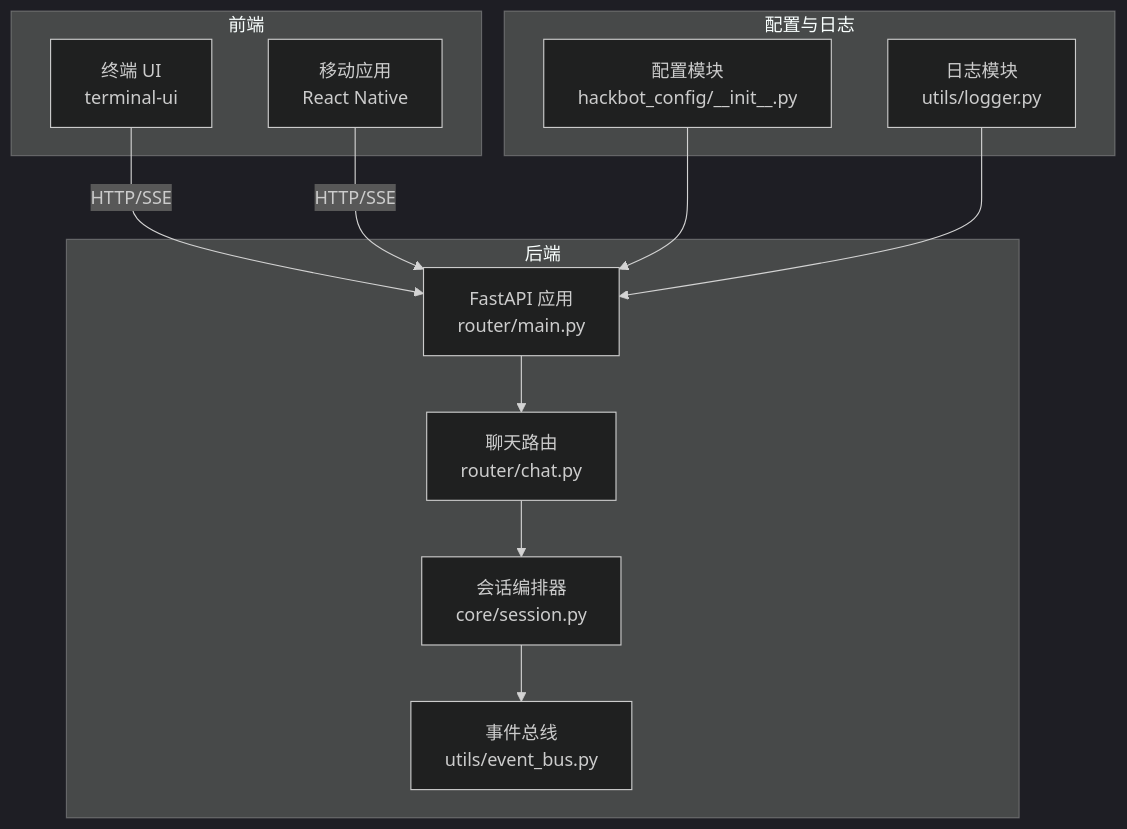
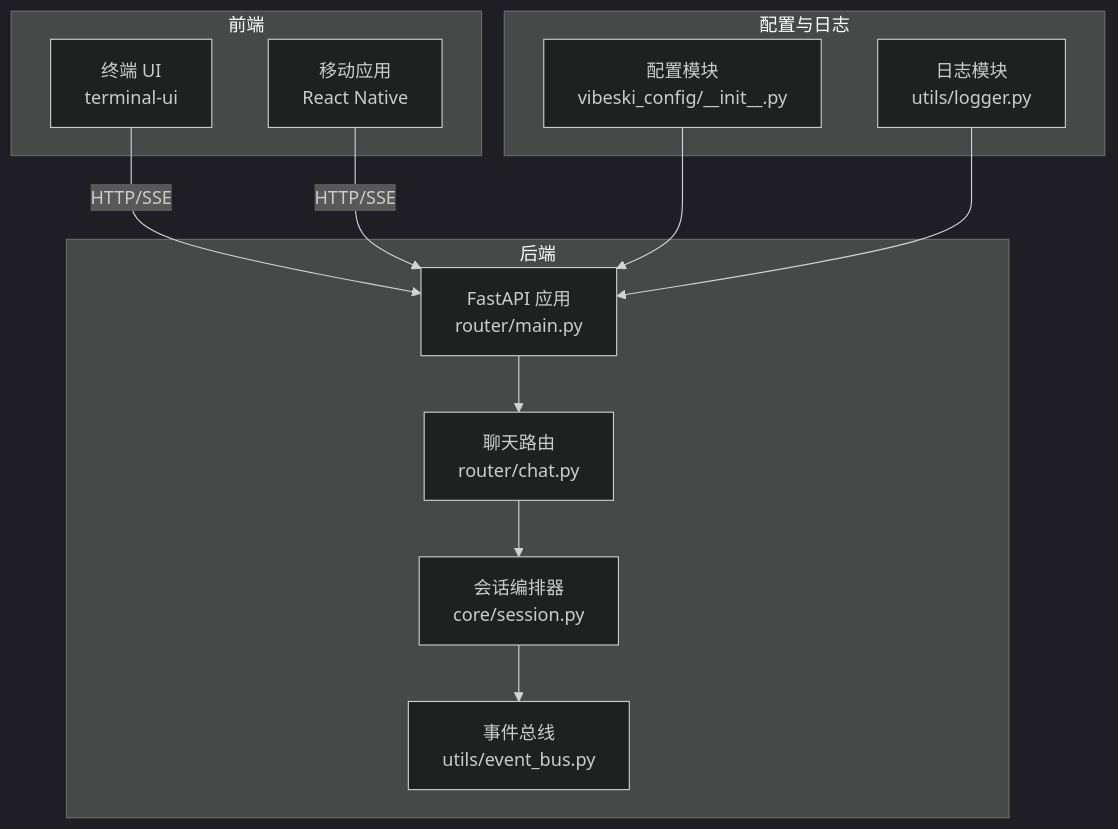
The first of 8 diagrams in .qoder/repowiki/zh/content/故障排除与常见问题.md (crabin/VIBESKI), drawn with Mermaid (dark theme) before and after one commit. The commit also changed other lines of this file and 170 other files, not shown here.

Commit message:
chore: rename all secbot/hackbot identifiers to vibeski

````diff
--- a/.qoder/repowiki/zh/content/故障排除与常见问题.md
+++ b/.qoder/repowiki/zh/content/故障排除与常见问题.md
@@ -40,24 +40,24 @@
 ```mermaid
 graph TB
 subgraph "前端"
 TUI["终端 UI<br/>terminal-ui"]
 RN["移动应用<br/>React Native"]
 end
 subgraph "后端"
 API["FastAPI 应用<br/>router/main.py"]
 Chat["聊天路由<br/>router/chat.py"]
 SM["会话编排器<br/>core/session.py"]
 EB["事件总线<br/>utils/event_bus.py"]
 end
 subgraph "配置与日志"
-CFG["配置模块<br/>hackbot_config/__init__.py"]
+CFG["配置模块<br/>vibeski_config/__init__.py"]
 LOG["日志模块<br/>utils/logger.py"]
 end
 TUI --> |"HTTP/SSE"| API
 RN --> |"HTTP/SSE"| API
 API --> Chat
 Chat --> SM
 SM --> EB
 CFG --> API
 LOG --> API
 ```
````
